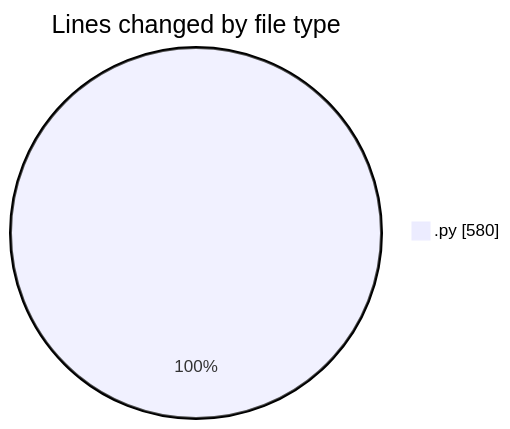
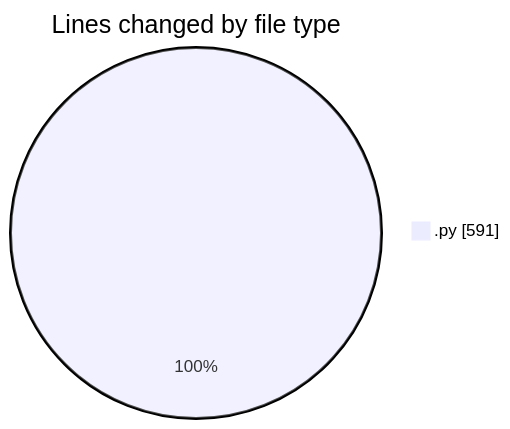
One commit to julien-gomy/code-tracking changed the first of 2 diagrams in 2025-11-08/eventscop-api-guide__workspace_/README.md. Above: the diagram before and after it, drawn with Mermaid. The commit also changed other lines of this file and 1 other file, not shown here.

````diff
--- a/2025-11-08/eventscop-api-guide__workspace_/README.md
+++ b/2025-11-08/eventscop-api-guide__workspace_/README.md
@@ -21,5 +21,5 @@
 ```mermaid
 pie showData
 title Lines changed by file type
-".py" : 580
+".py" : 591
 ```
````
